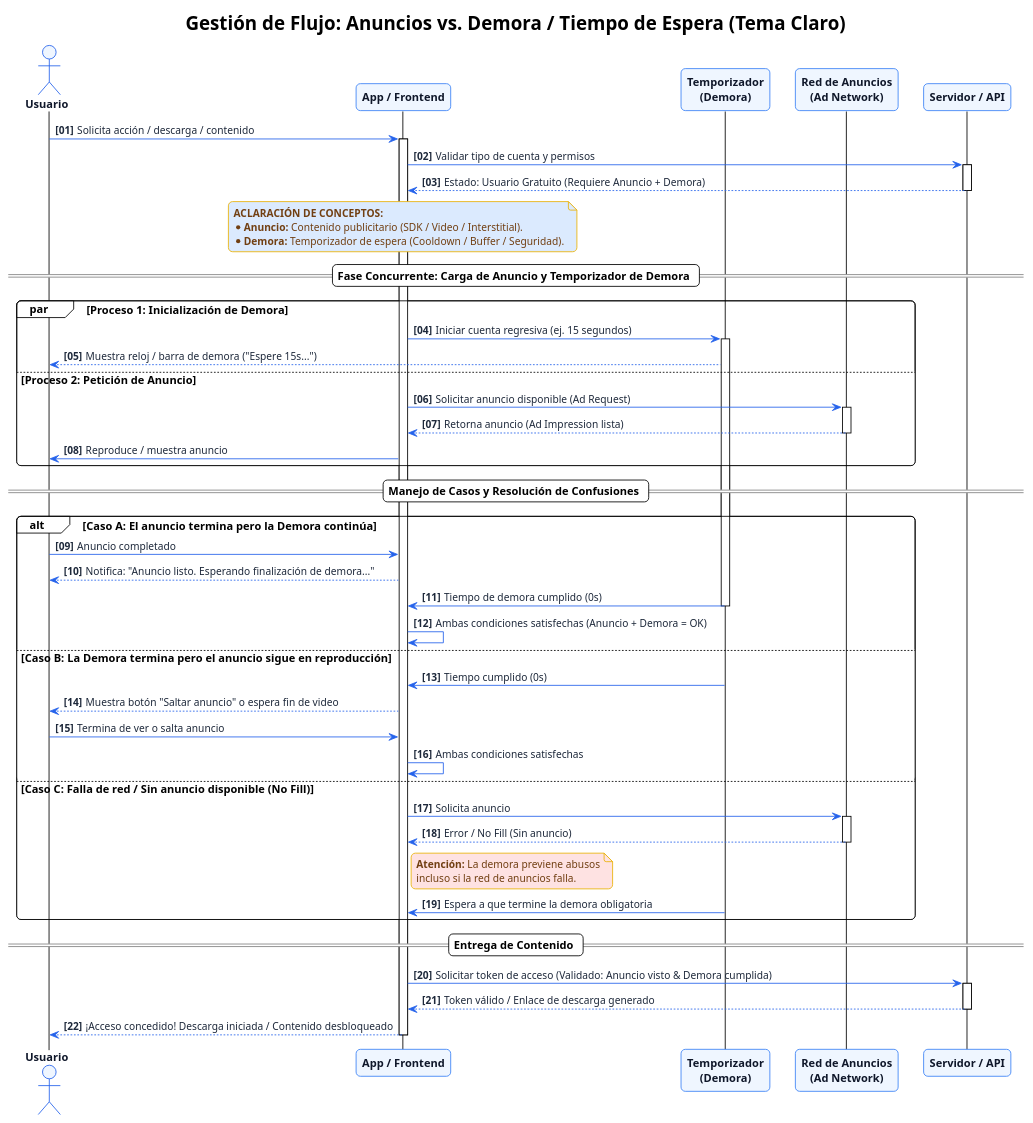
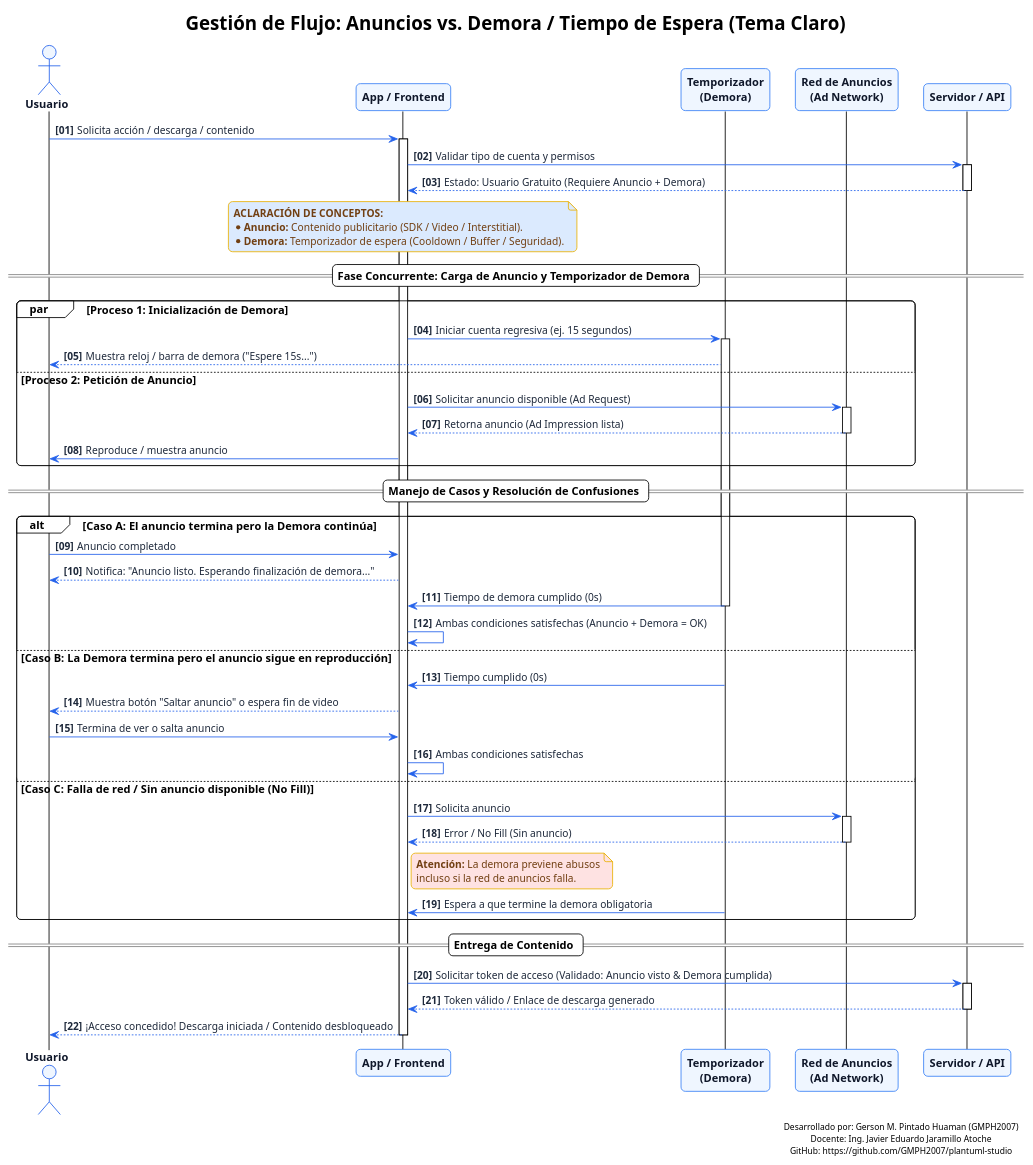
Before and after one commit to GMPH2007/plantuml-studio: the diagram in diagrama_claro.puml, drawn with PlantUML.

Commit message:
refactor: pie de diagrama con docente y github

```diff
--- a/diagrama_claro.puml
+++ b/diagrama_claro.puml
@@ -1,109 +1,112 @@
 @startuml Flujo_Anuncios_y_Demora_Claro
 !theme plain
 title Gestión de Flujo: Anuncios vs. Demora / Tiempo de Espera (Tema Claro)
 
 skinparam backgroundColor #FFFFFF
 skinparam shadowing false
 skinparam defaultFontName "Segoe UI", "Arial", sans-serif
 skinparam defaultFontSize 13
 skinparam roundcorner 10
 
 skinparam ArrowColor #2563EB
 skinparam ArrowFontColor #1E293B
 skinparam ArrowFontSize 12
 
 skinparam ActorBorderColor #2563EB
 skinparam ActorBackgroundColor #EFF6FF
 skinparam ActorFontColor #0F172A
 skinparam ActorFontStyle bold
 
 skinparam ParticipantBorderColor #3B82F6
 skinparam ParticipantBackgroundColor #EFF6FF
 skinparam ParticipantFontColor #0F172A
 skinparam ParticipantFontStyle bold
 
 skinparam NoteBackgroundColor #FEF9C3
 skinparam NoteBorderColor #EAB308
 skinparam NoteFontColor #713F12
 skinparam NoteFontSize 12
 
 skinparam GroupBackgroundColor #F8FAFC
 skinparam GroupBorderColor #94A3B8
 skinparam GroupHeaderFontColor #1E293B
 
 actor "Usuario" as User
 participant "App / Frontend" as App
 participant "Temporizador\n(Demora)" as Timer
 participant "Red de Anuncios\n(Ad Network)" as AdNet
 participant "Servidor / API" as Server
 
 autonumber "<b>[00]</b>"
 
 User -> App: Solicita acción / descarga / contenido
 activate App
 
 App -> Server: Validar tipo de cuenta y permisos
 activate Server
 Server --> App: Estado: Usuario Gratuito (Requiere Anuncio + Demora)
 deactivate Server
 
 note over App #DBEAFE
   <b>ACLARACIÓN DE CONCEPTOS:</b>
   * <b>Anuncio:</b> Contenido publicitario (SDK / Video / Interstitial).
   * <b>Demora:</b> Temporizador de espera (Cooldown / Buffer / Seguridad).
 end note
 
 == Fase Concurrente: Carga de Anuncio y Temporizador de Demora ==
 
 par Proceso 1: Inicialización de Demora
     App -> Timer: Iniciar cuenta regresiva (ej. 15 segundos)
     activate Timer
     Timer --> User: Muestra reloj / barra de demora ("Espere 15s...")
 else Proceso 2: Petición de Anuncio
     App -> AdNet: Solicitar anuncio disponible (Ad Request)
     activate AdNet
     AdNet --> App: Retorna anuncio (Ad Impression lista)
     deactivate AdNet
     App -> User: Reproduce / muestra anuncio
 end
 
 == Manejo de Casos y Resolución de Confusiones ==
 
 alt Caso A: El anuncio termina pero la Demora continúa
     User -> App: Anuncio completado
     App --> User: Notifica: "Anuncio listo. Esperando finalización de demora..."
     Timer -> App: Tiempo de demora cumplido (0s)
     deactivate Timer
     App -> App: Ambas condiciones satisfechas (Anuncio + Demora = OK)
 
 else Caso B: La Demora termina pero el anuncio sigue en reproducción
     Timer -> App: Tiempo cumplido (0s)
     deactivate Timer
     App --> User: Muestra botón "Saltar anuncio" o espera fin de video
     User -> App: Termina de ver o salta anuncio
     App -> App: Ambas condiciones satisfechas
 
 else Caso C: Falla de red / Sin anuncio disponible (No Fill)
     App -> AdNet: Solicita anuncio
     activate AdNet
     AdNet --> App: Error / No Fill (Sin anuncio)
     deactivate AdNet
     note right of App #FEE2E2
       <b>Atención:</b> La demora previene abusos
       incluso si la red de anuncios falla.
     end note
     Timer -> App: Espera a que termine la demora obligatoria
     deactivate Timer
 end
 
 == Entrega de Contenido ==
 
 App -> Server: Solicitar token de acceso (Validado: Anuncio visto & Demora cumplida)
 activate Server
 Server --> App: Token válido / Enlace de descarga generado
 deactivate Server
 
 App --> User: ¡Acceso concedido! Descarga iniciada / Contenido desbloqueado
 deactivate App
 
+
+right footer Desarrollado por: Gerson M. Pintado Huaman (GMPH2007)\nDocente: Ing. Javier Eduardo Jaramillo Atoche\nGitHub: https://github.com/GMPH2007/plantuml-studio
+
 @enduml
```
